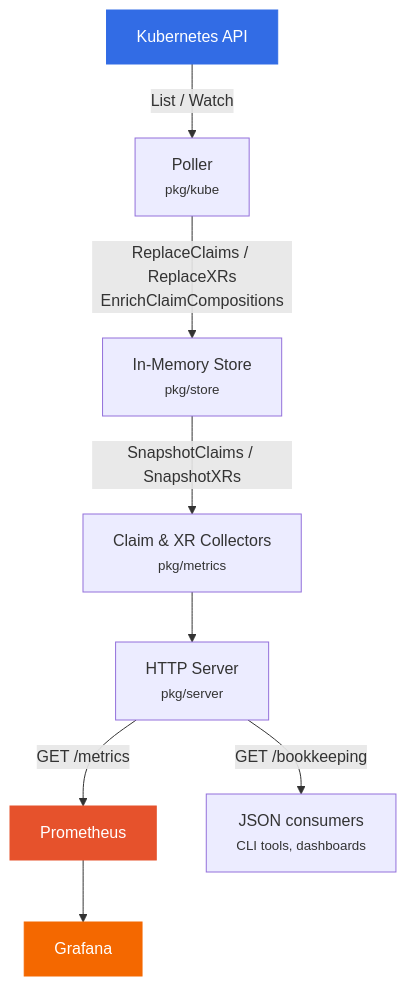
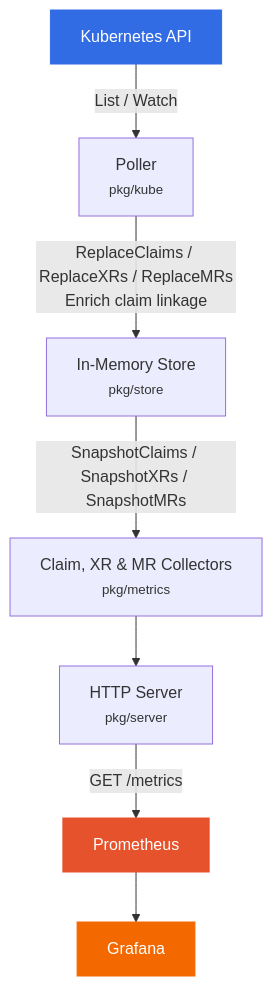
The diagram in docs/index.md (kanzifucius/xp-tracker), drawn with Mermaid before and after one commit. The commit also changed other lines of this file and 15 other files, not shown here.

Commit message:
feat(server)!: remove /bookkeeping JSON endpoint (#37)

````diff
--- a/docs/index.md
+++ b/docs/index.md
@@ -83,14 +81,13 @@
 ```mermaid
 graph TD
     A[Kubernetes API] -->|List / Watch| B[Poller<br/><small>pkg/kube</small>]
-    B -->|ReplaceClaims / ReplaceXRs<br/>EnrichClaimCompositions| C[In-Memory Store<br/><small>pkg/store</small>]
-    C -->|SnapshotClaims / SnapshotXRs| D[Claim & XR Collectors<br/><small>pkg/metrics</small>]
+    B -->|ReplaceClaims / ReplaceXRs / ReplaceMRs<br/>Enrich claim linkage| C[In-Memory Store<br/><small>pkg/store</small>]
+    C -->|SnapshotClaims / SnapshotXRs / SnapshotMRs| D[Claim, XR & MR Collectors<br/><small>pkg/metrics</small>]
     D --> E[HTTP Server<br/><small>pkg/server</small>]
     E -->|GET /metrics| F[Prometheus]
-    E -->|GET /bookkeeping| G[JSON consumers<br/><small>CLI tools, dashboards</small>]
     F --> H[Grafana]
 
     style A fill:#326CE5,color:#fff,stroke:#326CE5
     style F fill:#E6522C,color:#fff,stroke:#E6522C
     style H fill:#F46800,color:#fff,stroke:#F46800
 ```
````
